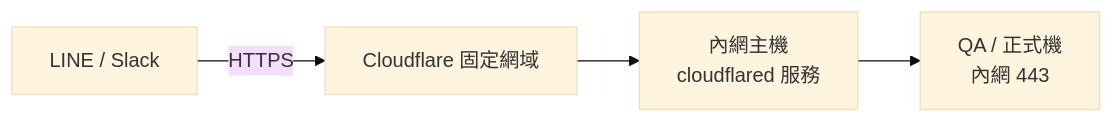
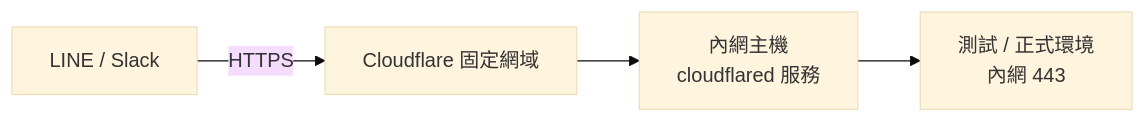
Before and after one commit to leemengju/leemengju.github.io: the diagram in src/content/projects/robot-push-notifications.md, drawn with Mermaid (base theme). The commit also changed other lines of this file and 13 other files, not shown here.

````diff
--- a/src/content/projects/robot-push-notifications.md
+++ b/src/content/projects/robot-push-notifications.md
@@ -47,6 +49,6 @@
 ```mermaid
 flowchart LR
     A[LINE / Slack] -->|HTTPS| B[Cloudflare 固定網域]
     B --> C[內網主機<br/>cloudflared 服務]
-    C --> D[QA / 正式機<br/>內網 443]
+    C --> D[測試 / 正式環境<br/>內網 443]
 ```
````
